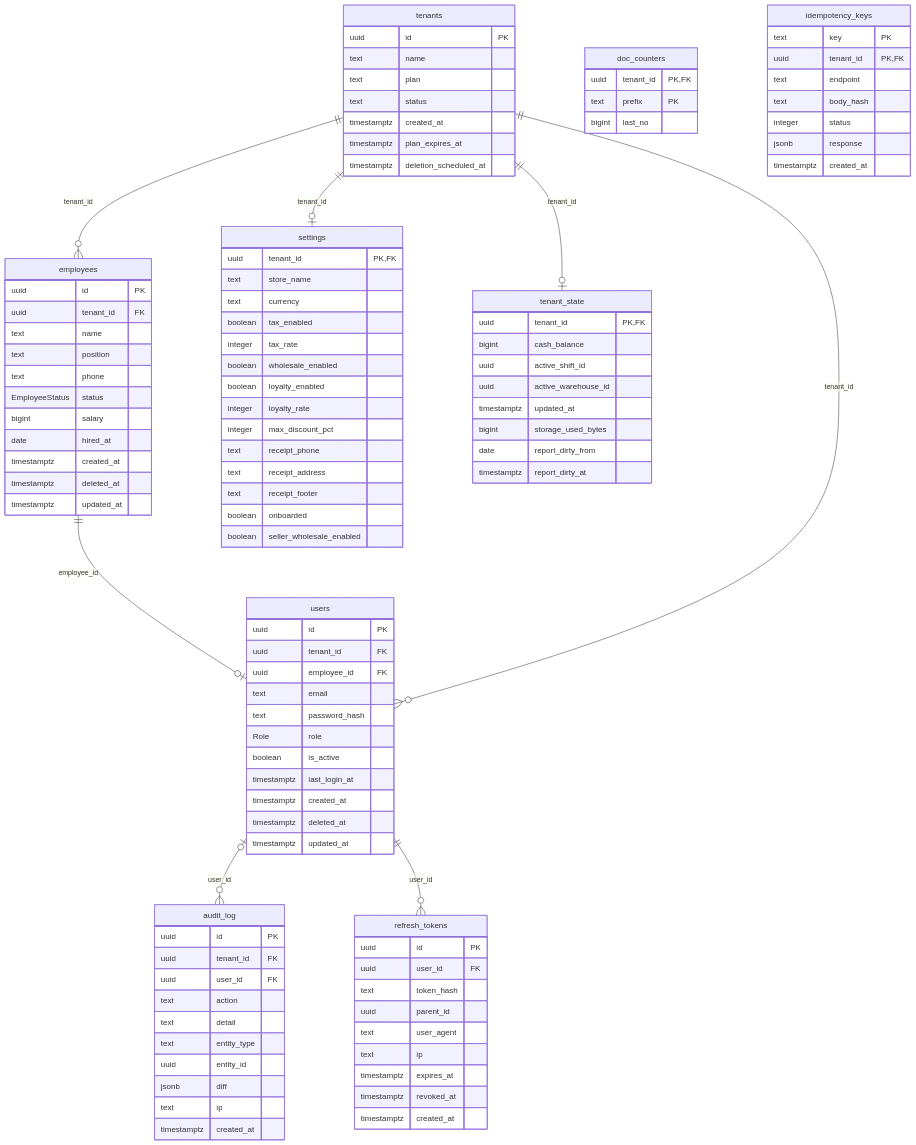
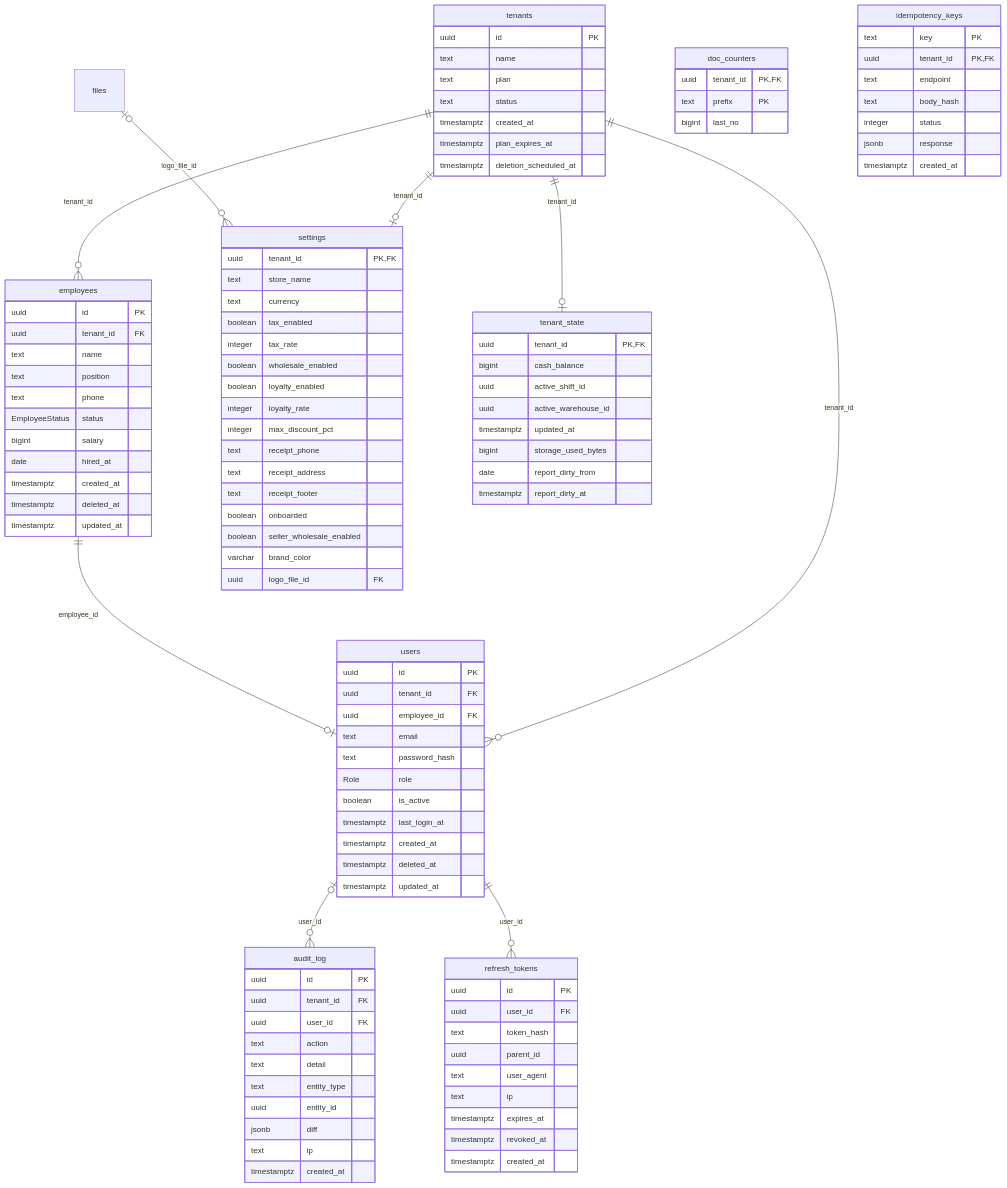
Before and after one commit to Ulugbek-Mominjonov/crm-api: the second of 9 diagrams in docs/database/README.md, drawn with Mermaid. The commit also changed other lines of this file and 38 other files, not shown here.

````diff
--- a/docs/database/README.md
+++ b/docs/database/README.md
@@ -72,6 +73,7 @@
 ```mermaid
 erDiagram
     employees ||--o| users : "employee_id"
+    files |o--o{ settings : "logo_file_id"
     tenants ||--o{ employees : "tenant_id"
     tenants ||--o| settings : "tenant_id"
     tenants ||--o| tenant_state : "tenant_id"
@@ -112,6 +114,8 @@
         text receipt_footer
         boolean onboarded
         boolean seller_wholesale_enabled
+        varchar brand_color
+        uuid logo_file_id FK
     }
     employees {
         uuid id PK
````
